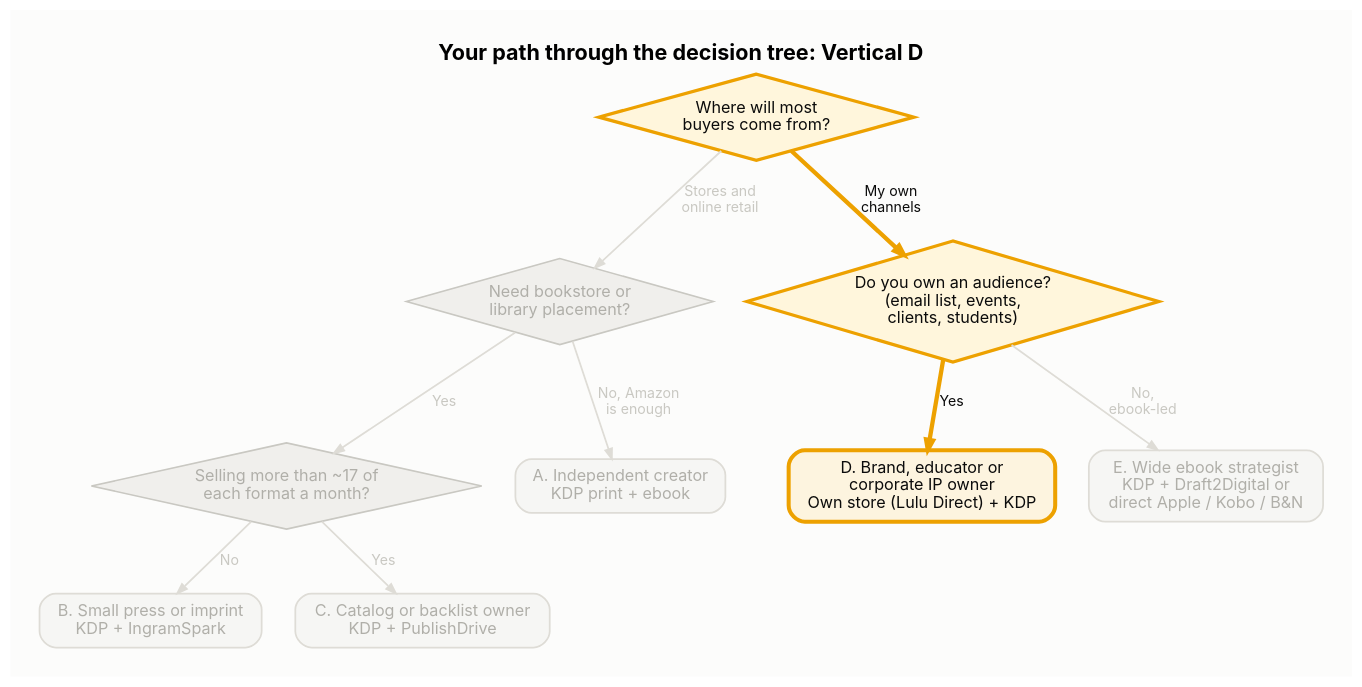
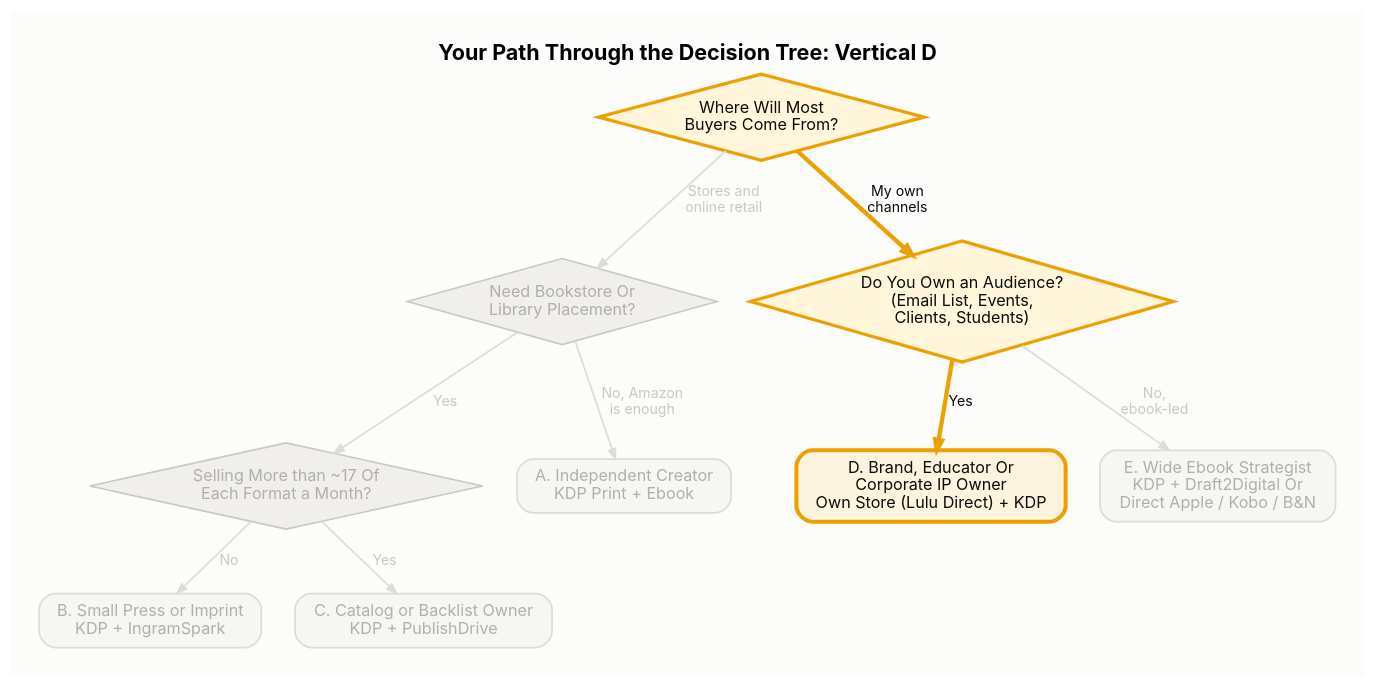
One commit to ShamarRobinson/ip-distribution-decision-verticals changed the diagram in diagrams/d2_path_D.dot. Above: the diagram before and after it, drawn with Graphviz. The commit also changed 130 other files, not shown here.

```diff
--- a/diagrams/d2_path_D.dot
+++ b/diagrams/d2_path_D.dot
@@ -1,37 +1,37 @@
 digraph G { rankdir=TB; bgcolor="#fcfcfb"; pad=0.3; nodesep=0.35; ranksep=0.5;
-labelloc=t; label=<<b>Your path through the decision tree: Vertical D</b>>; fontname="Inter"; fontsize=16;
+labelloc=t; label=<<b>Your Path Through the Decision Tree: Vertical D</b>>; fontname="Inter"; fontsize=16;
 node [fontname="Inter", fontsize=12, penwidth=1.3]; edge [fontname="Inter", fontsize=10.5, arrowsize=0.75];
-q1 [label="Where will most
-buyers come from?", shape=diamond, style=filled, fillcolor="#fff6dc", color="#eda100", fontcolor="#0b0b0b", margin="0.04,0.04", penwidth=2.4];
-q2 [label="Need bookstore or
-library placement?", shape=diamond, style=filled, fillcolor="#f0efec", color="#c9c8c2", fontcolor="#b0afa9", margin="0.04,0.04", penwidth=1.2];
-q3 [label="Selling more than ~17 of
-each format a month?", shape=diamond, style=filled, fillcolor="#f0efec", color="#c9c8c2", fontcolor="#b0afa9", margin="0.04,0.04", penwidth=1.2];
-q4 [label="Do you own an audience?
-(email list, events,
-clients, students)", shape=diamond, style=filled, fillcolor="#fff6dc", color="#eda100", fontcolor="#0b0b0b", margin="0.04,0.04", penwidth=2.4];
-A [label="A. Independent creator
-KDP print + ebook", shape=box, style="rounded,filled", fillcolor="#f6f6f4", color="#dedcd6", fontcolor="#b0afa9", margin="0.18,0.1", penwidth=1.3];
-B [label="B. Small press or imprint
+q1 [label="Where Will Most
+Buyers Come From?", shape=diamond, style=filled, fillcolor="#fff6dc", color="#eda100", fontcolor="#0b0b0b", margin="0.04,0.04", penwidth=2.4];
+q2 [label="Need Bookstore Or
+Library Placement?", shape=diamond, style=filled, fillcolor="#f0efec", color="#c9c8c2", fontcolor="#b0afa9", margin="0.04,0.04", penwidth=1.2];
+q3 [label="Selling More than ~17 Of
+Each Format a Month?", shape=diamond, style=filled, fillcolor="#f0efec", color="#c9c8c2", fontcolor="#b0afa9", margin="0.04,0.04", penwidth=1.2];
+q4 [label="Do You Own an Audience?
+(Email List, Events,
+Clients, Students)", shape=diamond, style=filled, fillcolor="#fff6dc", color="#eda100", fontcolor="#0b0b0b", margin="0.04,0.04", penwidth=2.4];
+A [label="A. Independent Creator
+KDP Print + Ebook", shape=box, style="rounded,filled", fillcolor="#f6f6f4", color="#dedcd6", fontcolor="#b0afa9", margin="0.18,0.1", penwidth=1.3];
+B [label="B. Small Press or Imprint
 KDP + IngramSpark", shape=box, style="rounded,filled", fillcolor="#f6f6f4", color="#dedcd6", fontcolor="#b0afa9", margin="0.18,0.1", penwidth=1.3];
-C [label="C. Catalog or backlist owner
+C [label="C. Catalog or Backlist Owner
 KDP + PublishDrive", shape=box, style="rounded,filled", fillcolor="#f6f6f4", color="#dedcd6", fontcolor="#b0afa9", margin="0.18,0.1", penwidth=1.3];
-D [label="D. Brand, educator or
-corporate IP owner
-Own store (Lulu Direct) + KDP", shape=box, style="rounded,filled", fillcolor="#fdf4df", color="#eda100", fontcolor="#0b0b0b", margin="0.18,0.1", penwidth=3];
-E [label="E. Wide ebook strategist
-KDP + Draft2Digital or
-direct Apple / Kobo / B&N", shape=box, style="rounded,filled", fillcolor="#f6f6f4", color="#dedcd6", fontcolor="#b0afa9", margin="0.18,0.1", penwidth=1.3];
+D [label="D. Brand, Educator Or
+Corporate IP Owner
+Own Store (Lulu Direct) + KDP", shape=box, style="rounded,filled", fillcolor="#fdf4df", color="#eda100", fontcolor="#0b0b0b", margin="0.18,0.1", penwidth=3];
+E [label="E. Wide Ebook Strategist
+KDP + Draft2Digital Or
+Direct Apple / Kobo / B&N", shape=box, style="rounded,filled", fillcolor="#f6f6f4", color="#dedcd6", fontcolor="#b0afa9", margin="0.18,0.1", penwidth=1.3];
 q1 -> q2 [label="Stores and
 online retail", color="#dedcd6", fontcolor="#c9c8c2", penwidth=1.3];
 q1 -> q4 [label="My own
 channels", color="#eda100", fontcolor="#0b0b0b", penwidth=3.2];
 q2 -> A [label="No, Amazon
 is enough", color="#dedcd6", fontcolor="#c9c8c2", penwidth=1.3];
 q2 -> q3 [label="Yes", color="#dedcd6", fontcolor="#c9c8c2", penwidth=1.3];
 q3 -> B [label="No", color="#dedcd6", fontcolor="#c9c8c2", penwidth=1.3];
 q3 -> C [label="Yes", color="#dedcd6", fontcolor="#c9c8c2", penwidth=1.3];
 q4 -> D [label="Yes", color="#eda100", fontcolor="#0b0b0b", penwidth=3.2];
 q4 -> E [label="No,
 ebook-led", color="#dedcd6", fontcolor="#c9c8c2", penwidth=1.3];
 }
```
